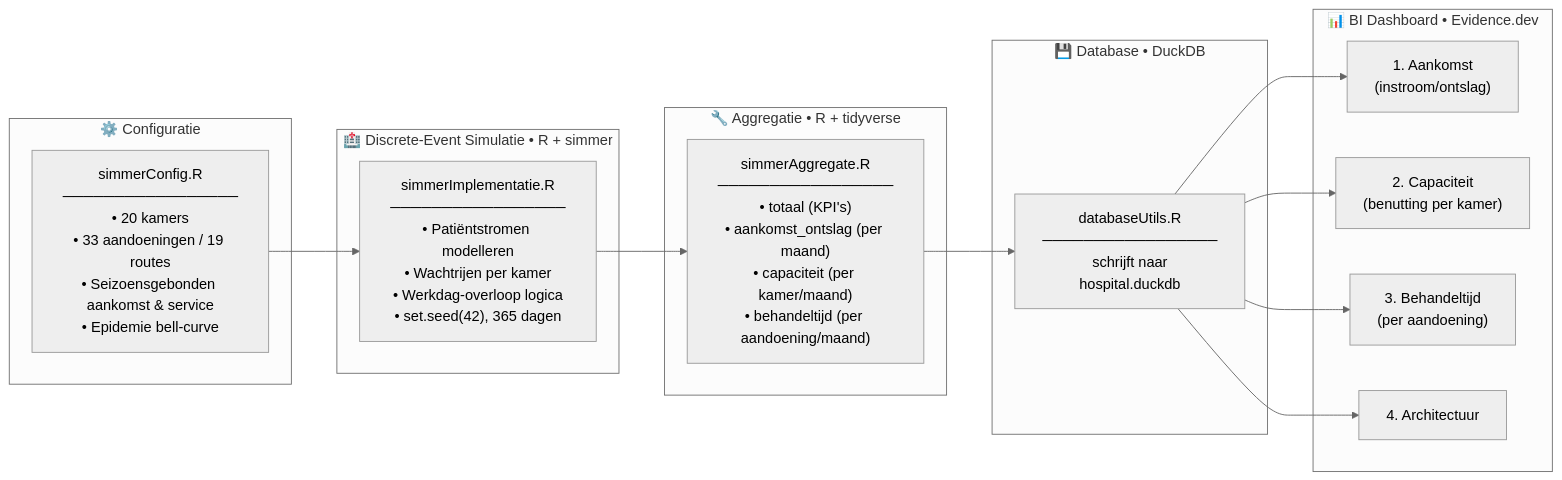
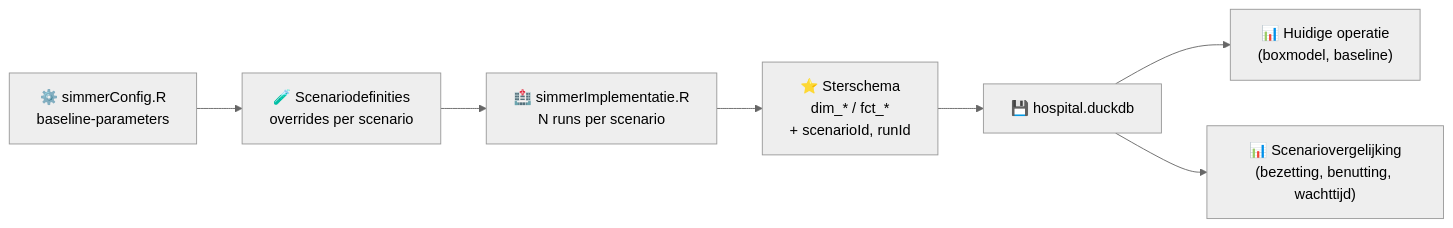
The diagram in README.md (ChrismaxR/DataBA), drawn with Mermaid (neutral theme) before and after one commit. The commit also changed other lines of this file and 34 other files, not shown here.

First line of the commit message:
Scenario-opzet, dashboard op sterschema en fixes in datapipeline

````diff
--- a/README.md
+++ b/README.md
@@ -42,30 +70,9 @@
 ```mermaid
 flowchart LR
-    subgraph Configuratie["⚙️ Configuratie"]
-        CFG["simmerConfig.R\n─────────────────\n• 20 kamers\n• 33 aandoeningen / 19 routes\n• Seizoensgebonden aankomst & service\n• Epidemie bell-curve"]
-    end
-
-    subgraph Simulatie["🏥 Discrete-Event Simulatie  •  R + simmer"]
-        SIM["simmerImplementatie.R\n─────────────────\n• Patiëntstromen modelleren\n• Wachtrijen per kamer\n• Werkdag-overloop logica\n• set.seed(42), 365 dagen"]
-    end
-
-    subgraph Verwerking["🔧 Aggregatie  •  R + tidyverse"]
-        AGG["simmerAggregate.R\n─────────────────\n• totaal (KPI's)\n• aankomst_ontslag (per maand)\n• capaciteit (per kamer/maand)\n• behandeltijd (per aandoening/maand)"]
-    end
-
-    subgraph Opslag["💾 Database  •  DuckDB"]
-        DB["databaseUtils.R\n─────────────────\nschrijft naar\nhospital.duckdb"]
-    end
-
-    subgraph Dashboard["📊 BI Dashboard  •  Evidence.dev"]
-        P1["1. Aankomst\n(instroom/ontslag)"]
-        P2["2. Capaciteit\n(benutting per kamer)"]
-        P3["3. Behandeltijd\n(per aandoening)"]
-        P4["4. Architectuur"]
-    end
-
-    CFG --> SIM
-    SIM --> AGG
-    AGG --> DB
-    DB --> P1 & P2 & P3 & P4
+    CFG["⚙️ simmerConfig.R\nbaseline-parameters"] --> SCN["🧪 Scenariodefinities\noverrides per scenario"]
+    SCN --> SIM["🏥 simmerImplementatie.R\nN runs per scenario"]
+    SIM --> STAR["⭐ Sterschema\ndim_* / fct_*\n+ scenarioId, runId"]
+    STAR --> DB["💾 hospital.duckdb"]
+    DB --> P1["📊 Huidige operatie\n(boxmodel, baseline)"]
+    DB --> P2["📊 Scenariovergelijking\n(bezetting, benutting, wachttijd)"]
 ```
````
